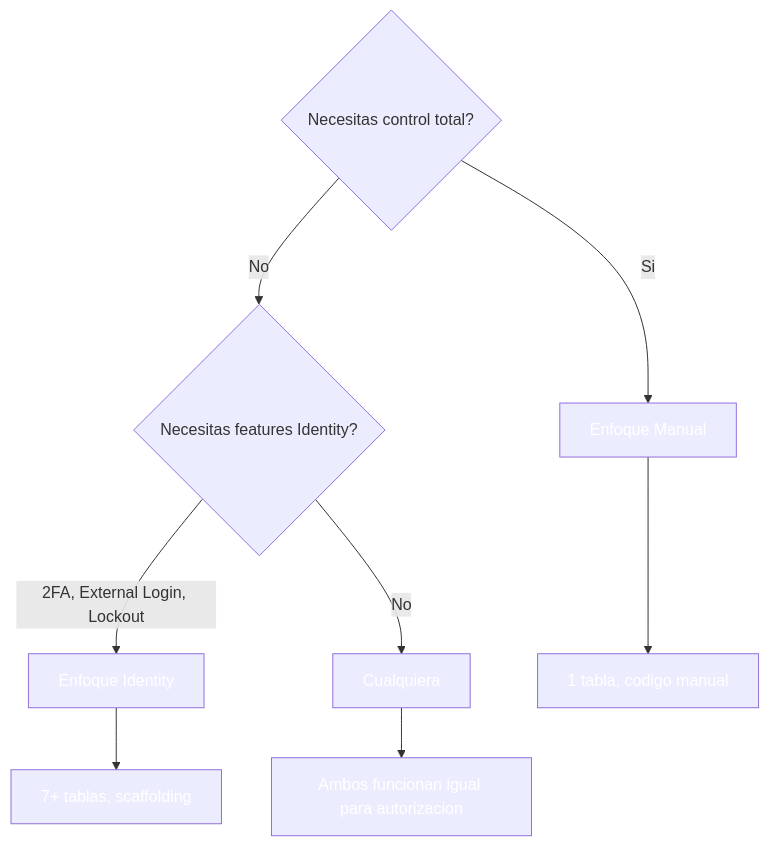
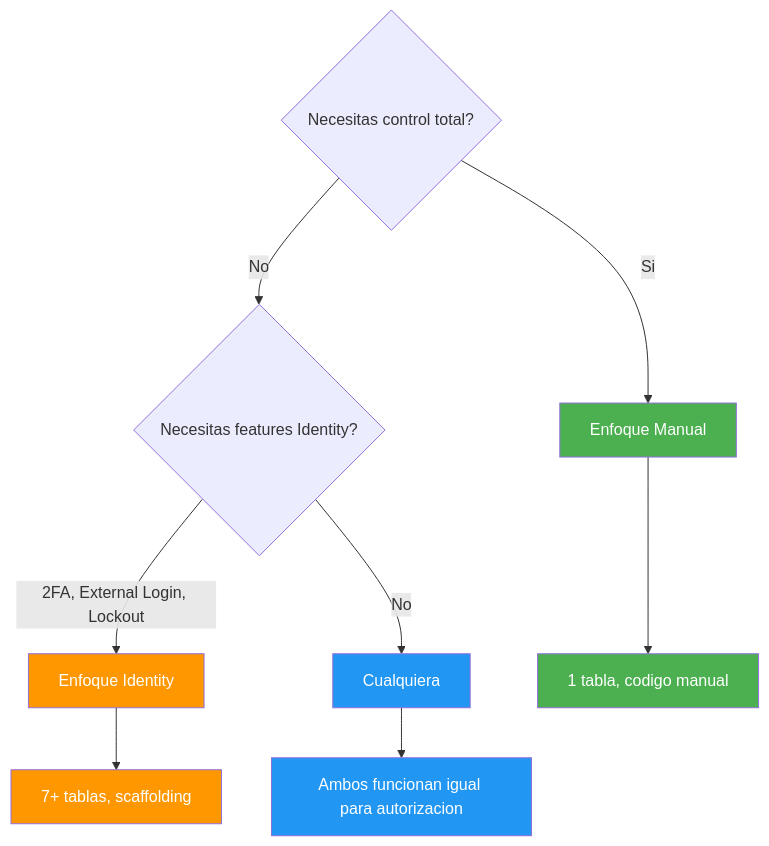
Diagram 13 of 14 in 17-autorizacion.md (joseluisgs/DesarrolloWebEntornosServidor-02-2026-2027), drawn with Mermaid before and after one commit. The commit also changed other lines of this file and 29 other files, not shown here.

Commit message:
docs: corregir estilos Mermaid y estilo, quitar referencias a la Tienda y reestructurar los retos 13 y 15

````diff
--- a/17-autorizacion.md
+++ b/17-autorizacion.md
@@ -1217,18 +1217,18 @@
 ```mermaid
 flowchart TD
     A{"Necesitas control total?"} -->|Si| B["Enfoque Manual"]
     A -->|No| C{"Necesitas features Identity?"}
     C -->|2FA, External Login, Lockout| D["Enfoque Identity"]
     C -->|No| E["Cualquiera"]
 
     B --> F["1 tabla, codigo manual"]
     D --> G["7+ tablas, scaffolding"]
     E --> H["Ambos funcionan igual para autorizacion"]
 
-    style B fill:#4CAF5,color:#fff0,color:#fff
-    style D fill:#FF980,color:#fff0,color:#fff
-    style E fill:#2196F,color:#fff3,color:#fff
-    style F fill:#4CAF5,color:#fff0,color:#fff
-    style G fill:#FF980,color:#fff0,color:#fff
-    style H fill:#2196F,color:#fff3,color:#fff
+    style B fill:#4CAF50,color:#fff
+    style D fill:#FF9800,color:#fff
+    style E fill:#2196F3,color:#fff
+    style F fill:#4CAF50,color:#fff
+    style G fill:#FF9800,color:#fff
+    style H fill:#2196F3,color:#fff
 ```
````
